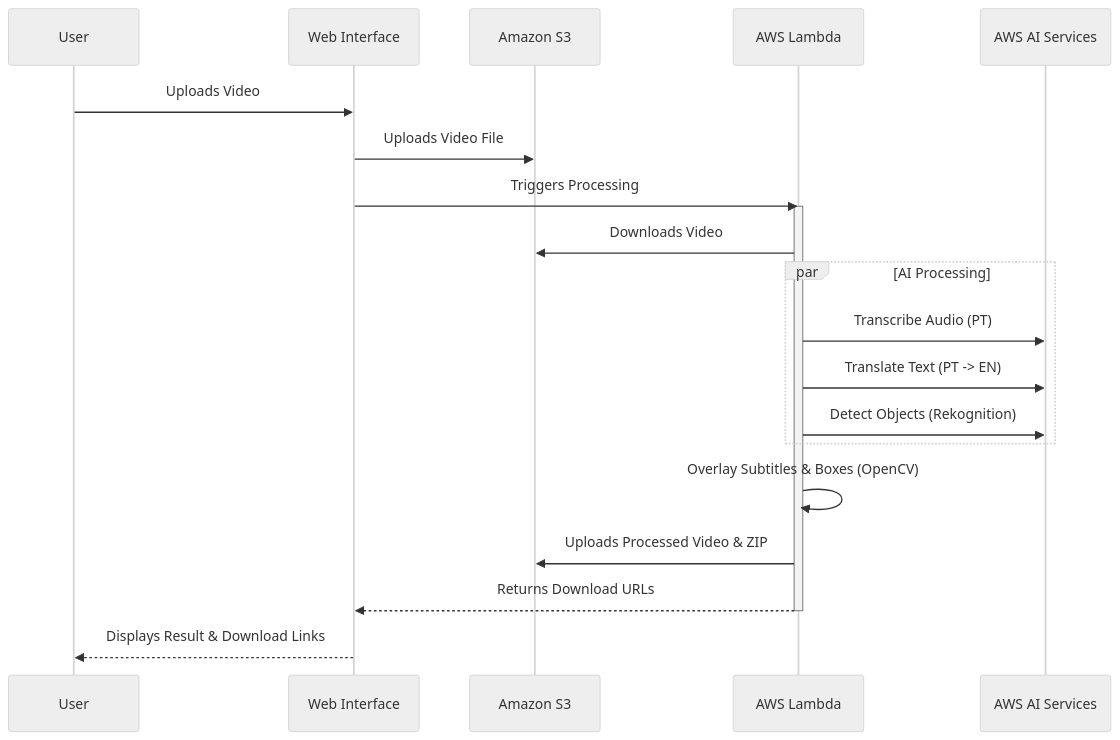
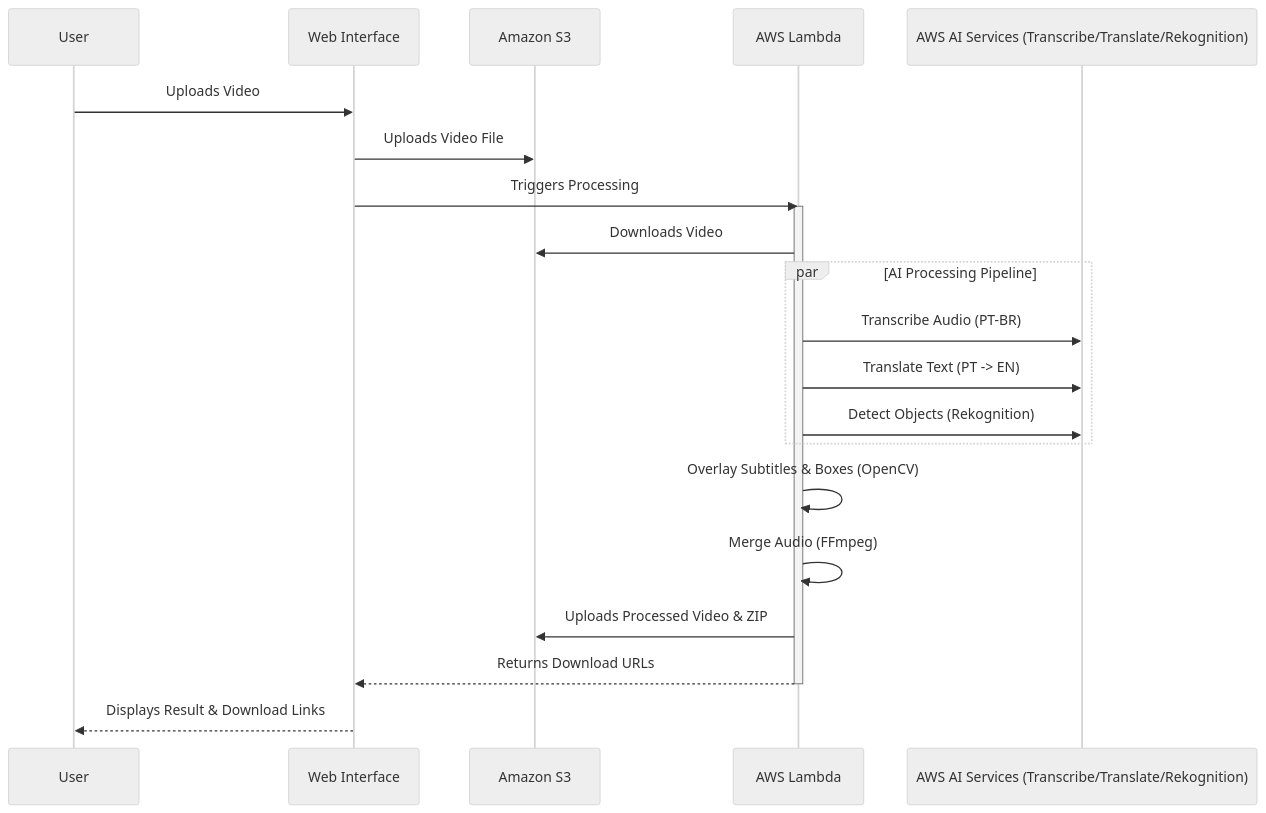
One commit to Netinhoklz/video-translate-legend-detection changed the diagram in README.md. Above: the diagram before and after it, drawn with Mermaid (neutral theme). The commit also changed other lines of this file, not shown here.

````diff
--- a/README.md
+++ b/README.md
@@ -27,27 +42,28 @@
 ```mermaid
 sequenceDiagram
     participant User
     participant WebApp as Web Interface
     participant S3 as Amazon S3
     participant Lambda as AWS Lambda
-    participant AI as AWS AI Services
+    participant AI as AWS AI Services (Transcribe/Translate/Rekognition)
     
     User->>WebApp: Uploads Video
     WebApp->>S3: Uploads Video File
     WebApp->>Lambda: Triggers Processing
     activate Lambda
     Lambda->>S3: Downloads Video
     
-    par AI Processing
-        Lambda->>AI: Transcribe Audio (PT)
+    par AI Processing Pipeline
+        Lambda->>AI: Transcribe Audio (PT-BR)
         Lambda->>AI: Translate Text (PT -> EN)
         Lambda->>AI: Detect Objects (Rekognition)
     end
     
     Lambda->>Lambda: Overlay Subtitles & Boxes (OpenCV)
+    Lambda->>Lambda: Merge Audio (FFmpeg)
     Lambda->>S3: Uploads Processed Video & ZIP
     Lambda-->>WebApp: Returns Download URLs
     deactivate Lambda
     
     WebApp-->>User: Displays Result & Download Links
 ```
````
